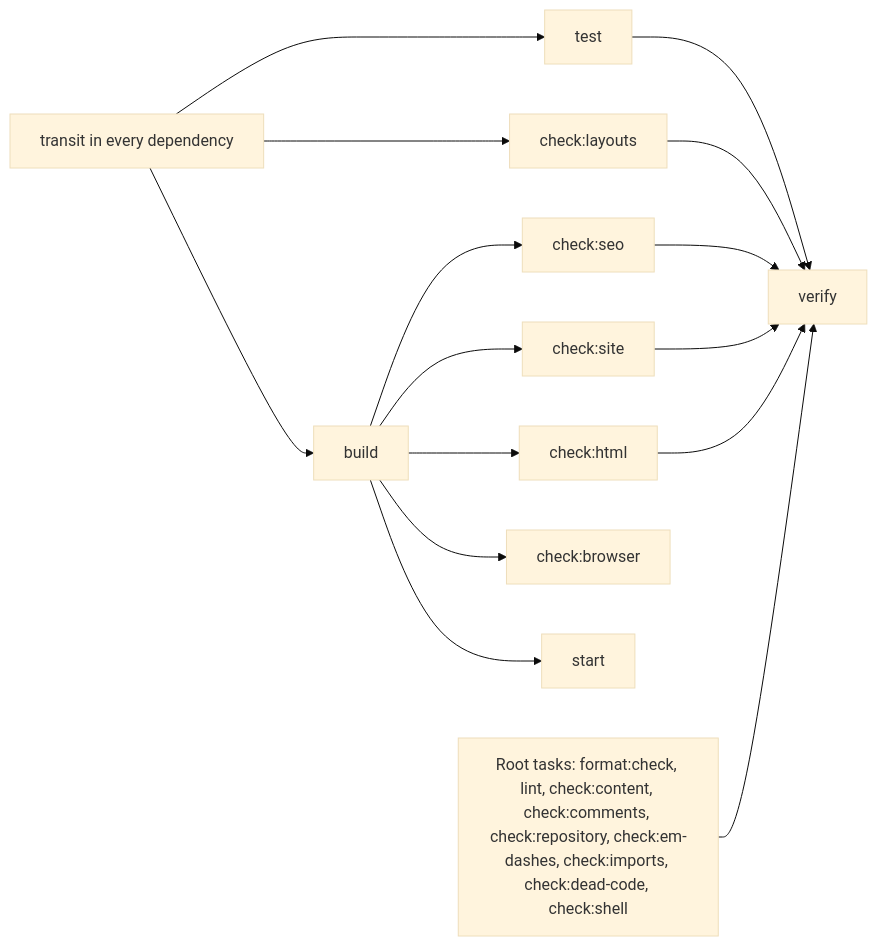
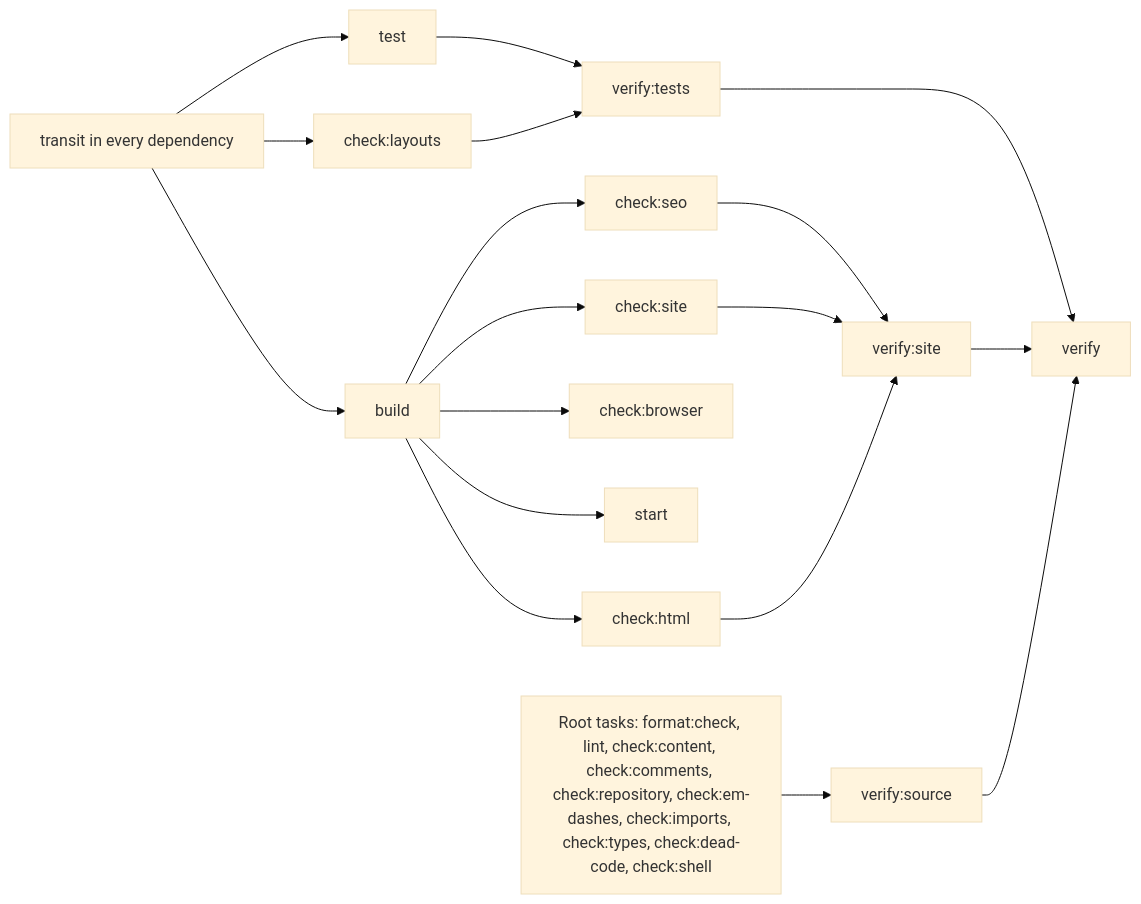
The fourth of 4 diagrams in docs/architecture.md (pulkitxm/pulkit.page), drawn with Mermaid (base theme) before and after one commit. The commit also changed other lines of this file and 14 other files, not shown here.

Commit message:
Parallelize CI by site and check group (#130)

````diff
--- a/docs/architecture.md
+++ b/docs/architecture.md
@@ -312,17 +312,20 @@
 ```mermaid
 flowchart LR
   transit[transit in every dependency] --> build
   transit --> test
   transit --> layouts[check:layouts]
   build --> seo[check:seo]
   build --> site[check:site]
   build --> html[check:html]
   build --> browser[check:browser]
   build --> start
-  test --> verify
-  layouts --> verify
-  seo --> verify
-  site --> verify
-  html --> verify
-  root[Root tasks: format:check, lint, check:content, check:comments, check:repository, check:em-dashes, check:imports, check:dead-code, check:shell] --> verify
+  test --> tests[verify:tests]
+  layouts --> tests
+  tests --> verify
+  seo --> checks[verify:site]
+  site --> checks
+  html --> checks
+  checks --> verify
+  root[Root tasks: format:check, lint, check:content, check:comments, check:repository, check:em-dashes, check:imports, check:types, check:dead-code, check:shell] --> source[verify:source]
+  source --> verify
 ```
````
